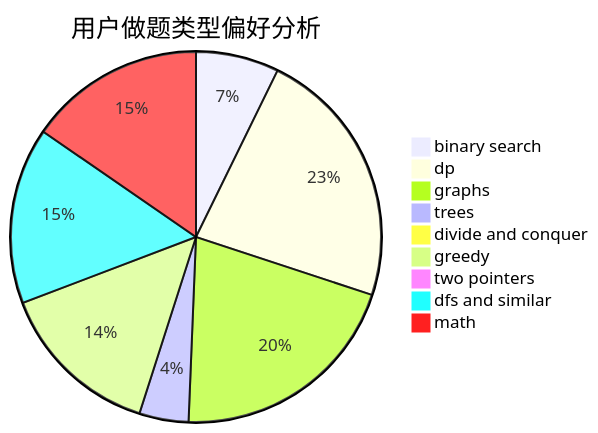
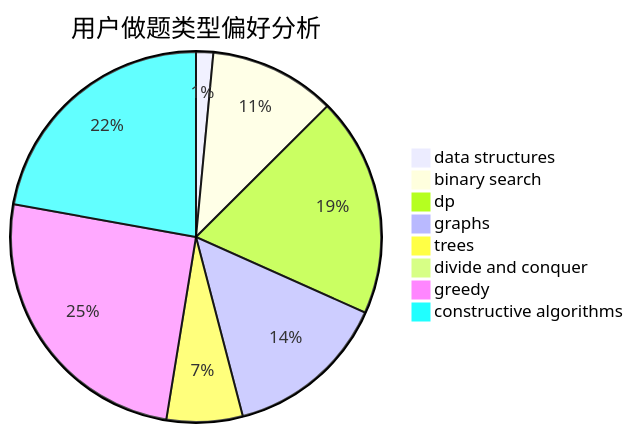
One commit to sherpahu/cfrs.github.io changed the second of 3 diagrams in docs/user/u422.md. Above: the diagram before and after it, drawn with Mermaid. The commit also changed other lines of this file and 2775 other files, not shown here.

````diff
--- a/docs/user/u422.md
+++ b/docs/user/u422.md
@@ -23,12 +23,11 @@
 ```mermaid
 pie title 用户做题类型偏好分析
-    "binary search" :  130
-    "dp" :  409
-    "graphs" :  369
-    "trees" :  77
-    "divide and conquer" :  1
-    "greedy" :  256
-    "two pointers" :  12
-    "dfs and similar" :  276
-    "math" :  276
+    "data structures" :  14
+    "binary search" :  103
+    "dp" :  179
+    "graphs" :  133
+    "trees" :  62
+    "divide and conquer" :  0
+    "greedy" :  236
+    "constructive algorithms" :  207
 ```
````
